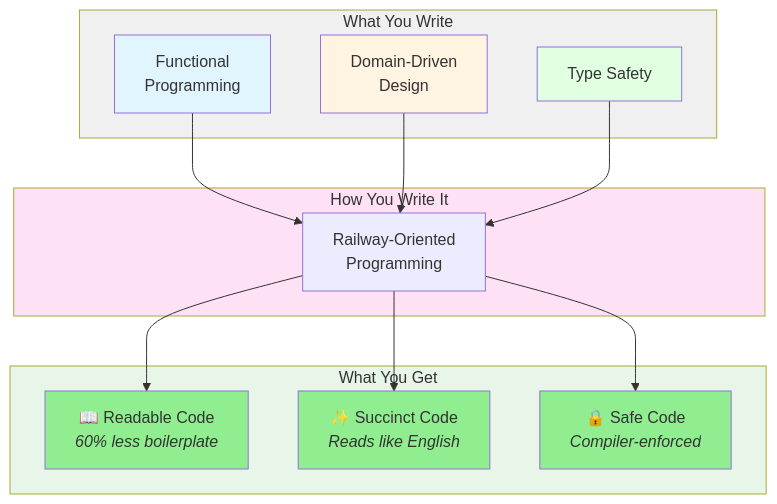
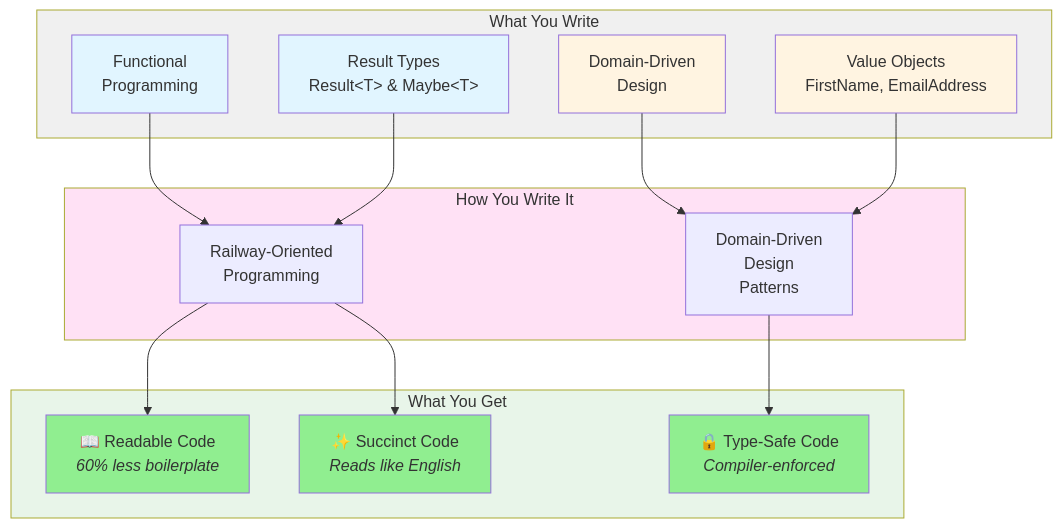
The first of 2 diagrams in docs/docfx_project/index.md (xavierjohn/FunctionalDDD), drawn with Mermaid before and after one commit.

Commit message:
Update Mermaid diagram for clarity and expanded concepts (#238)
Refined diagram to clarify relationships between inputs, patterns, and outputs. Added "Result Types" as input, introduced "Railway-Oriented Programming" and "Domain-Driven Design Patterns" as patterns, and renamed "Type Safety" to "Type-Safe Code" in output. Improved node connections and color styling for better readability.

````diff
--- a/docs/docfx_project/index.md
+++ b/docs/docfx_project/index.md
@@ -5,38 +5,42 @@
 ```mermaid
 graph TB
     subgraph Input["What You Write"]
         FP[Functional<br/>Programming]
-        DDD[Domain-Driven<br/>Design]
-        TS[Type Safety]
+        RT[Result Types<br/>Result&lt;T&gt; & Maybe&lt;T&gt;]
+        DDD_IN[Domain-Driven<br/>Design]
+        VO[Value Objects<br/>FirstName, EmailAddress]
     end
     
     subgraph Pattern["How You Write It"]
         ROP[Railway-Oriented<br/>Programming]
+        DDD_PAT[Domain-Driven<br/>Design<br/>Patterns]
     end
     
     subgraph Output["What You Get"]
         READ[📖 Readable Code<br/><i>60% less boilerplate</i>]
         SUCC[✨ Succinct Code<br/><i>Reads like English</i>]
-        SAFE[🔒 Safe Code<br/><i>Compiler-enforced</i>]
+        SAFE[🔒 Type-Safe Code<br/><i>Compiler-enforced</i>]
     end
     
     FP --> ROP
-    DDD --> ROP
-    TS --> ROP
+    RT --> ROP
+    DDD_IN --> DDD_PAT
+    VO --> DDD_PAT
     
     ROP --> READ
     ROP --> SUCC
-    ROP --> SAFE
+    DDD_PAT --> SAFE
     
     style Input fill:#F0F0F0
     style Pattern fill:#FFE1F5
     style Output fill:#E8F5E9
     
     style FP fill:#E1F5FF
-    style DDD fill:#FFF4E1
-    style TS fill:#E1FFE1
+    style RT fill:#E1F5FF
+    style DDD_IN fill:#FFF4E1
+    style VO fill:#FFF4E1
     
     style READ fill:#90EE90
     style SUCC fill:#90EE90
     style SAFE fill:#90EE90
 ```
````
